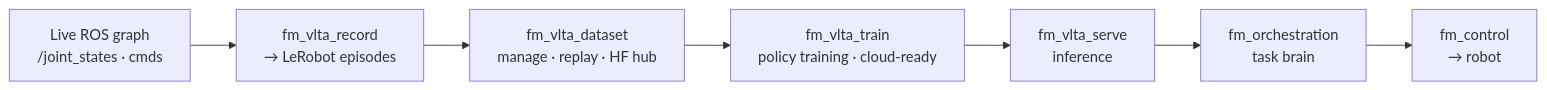
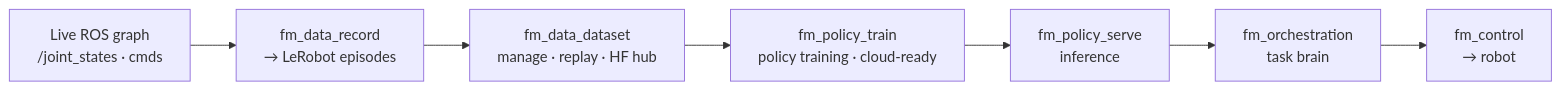
The eighth of 8 diagrams in docs/ARCHITECTURE.md (first-motive/fm-ros2), drawn with Mermaid before and after one commit. The commit also changed other lines of this file and 66 other files, not shown here.

Commit message:
refactor: split fm_vlta into fm_data and fm_policy

````diff
--- a/docs/ARCHITECTURE.md
+++ b/docs/ARCHITECTURE.md
@@ -394,9 +399,9 @@
 ```mermaid
 flowchart LR
-    livegraph[Live ROS graph<br/>/joint_states · cmds] --> record[fm_vlta_record<br/>→ LeRobot episodes]
-    record --> dataset[fm_vlta_dataset<br/>manage · replay · HF hub]
-    dataset --> train[fm_vlta_train<br/>policy training · cloud-ready]
-    train --> serve[fm_vlta_serve<br/>inference]
+    livegraph[Live ROS graph<br/>/joint_states · cmds] --> record[fm_data_record<br/>→ LeRobot episodes]
+    record --> dataset[fm_data_dataset<br/>manage · replay · HF hub]
+    dataset --> train[fm_policy_train<br/>policy training · cloud-ready]
+    train --> serve[fm_policy_serve<br/>inference]
     serve --> orch[fm_orchestration<br/>task brain]
     orch --> control[fm_control<br/>→ robot]
 ```
````
